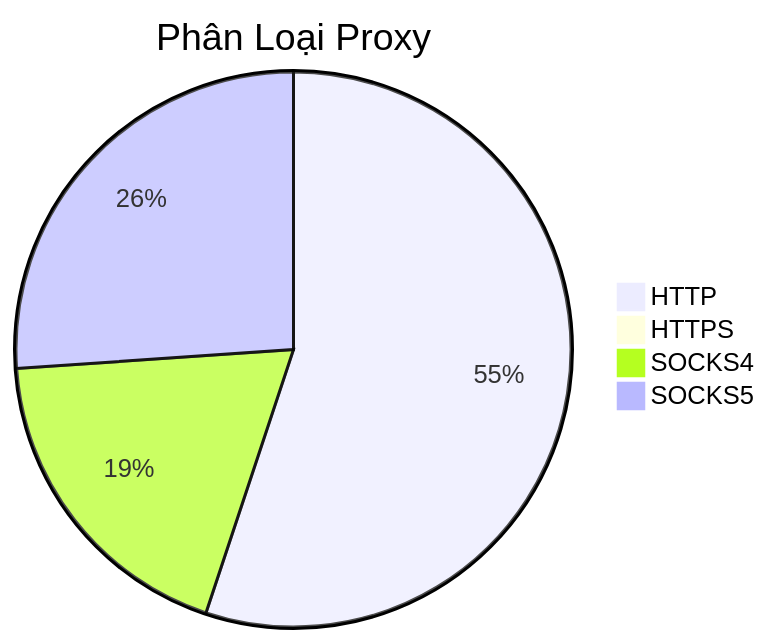
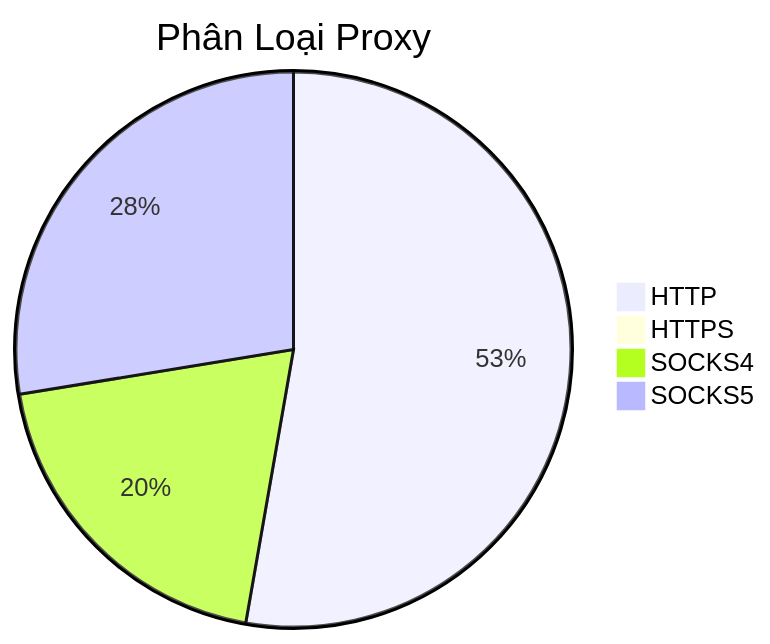
Before and after one commit to Ciara-12/PROXY-free: the diagram in README.md, drawn with Mermaid. The commit also changed other lines of this file and 3 other files, not shown here.

````diff
--- a/README.md
+++ b/README.md
@@ -26,7 +26,7 @@
 ```mermaid
 pie title Phân Loại Proxy
-    "HTTP" : 885
+    "HTTP" : 767
     "HTTPS" : 0
-    "SOCKS4" : 302
-    "SOCKS5" : 419
+    "SOCKS4" : 286
+    "SOCKS5" : 401
 ```
````
